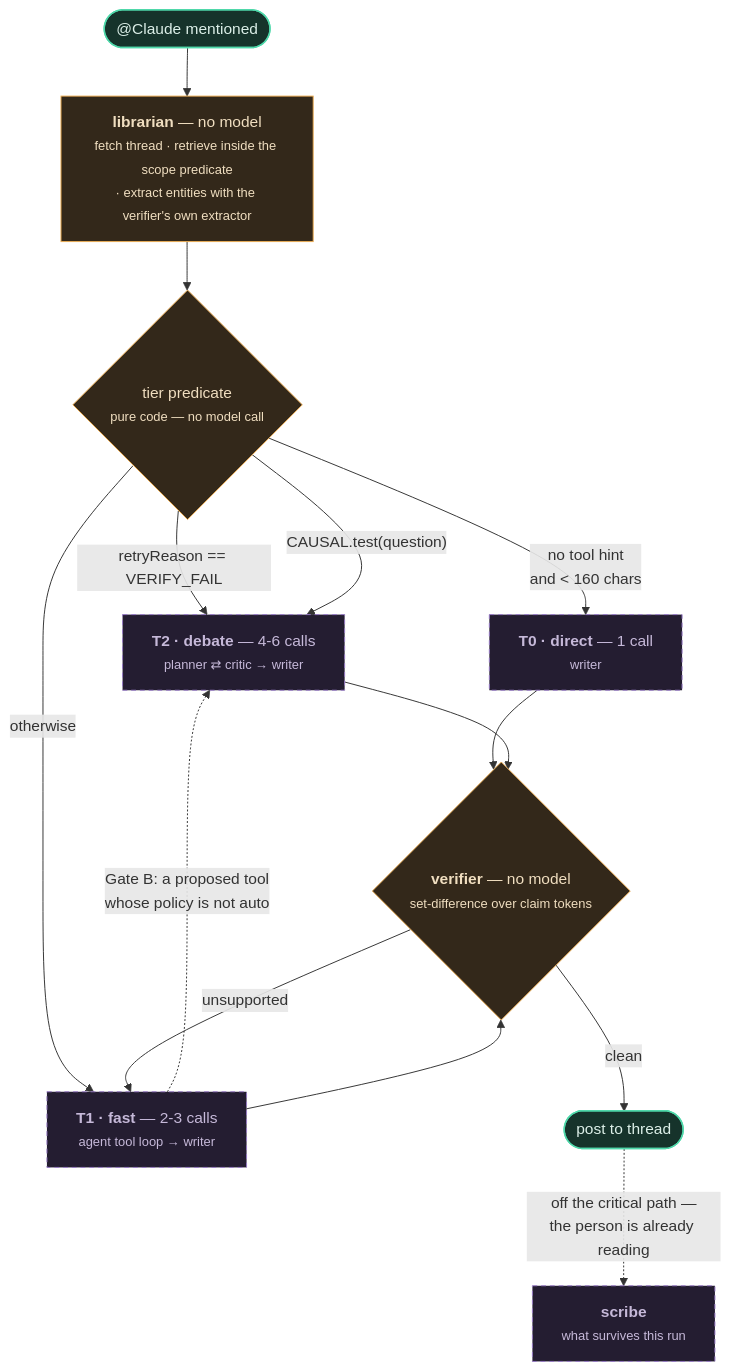
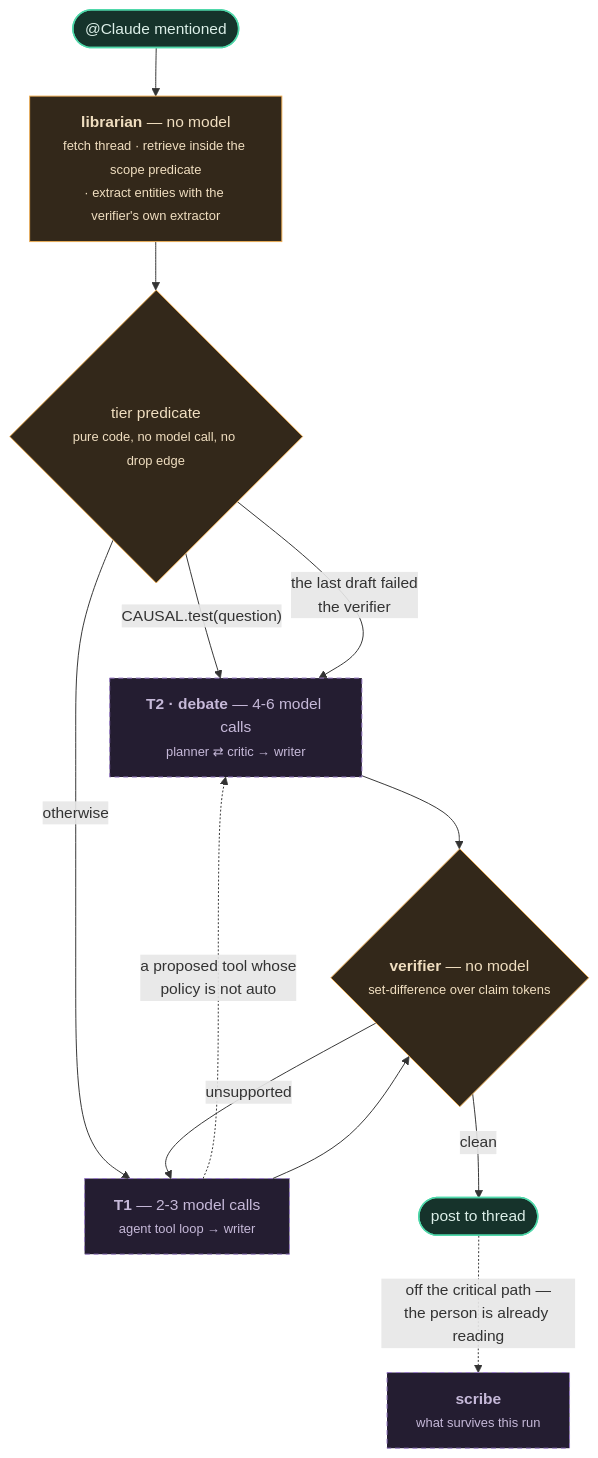
One commit to rppol/claude-tag-poc changed the diagram in docs/diagrams/tiers.mmd. Above: the diagram before and after it, drawn with Mermaid. The commit also changed 8 other files, not shown here.

```diff
--- a/docs/diagrams/tiers.mmd
+++ b/docs/diagrams/tiers.mmd
@@ -1,25 +1,22 @@
 flowchart TB
   IN(["@Claude mentioned"]) --> LIB["<b>librarian</b> — no model<br/><small>fetch thread · retrieve inside the scope predicate<br/>· extract entities with the verifier's own extractor</small>"]
-  LIB --> P{"tier predicate<br/><small>pure code — no model call</small>"}
+  LIB --> P{"tier predicate<br/><small>pure code, no model call, no drop edge</small>"}
 
-  P -->|"retryReason == VERIFY_FAIL"| T2
-  P -->|"CAUSAL.test(question)"| T2["<b>T2 · debate</b> — 4-6 calls<br/><small>planner ⇄ critic → writer</small>"]
-  P -->|"no tool hint<br/>and < 160 chars"| T0["<b>T0 · direct</b> — 1 call<br/><small>writer</small>"]
-  P -->|"otherwise"| T1["<b>T1 · fast</b> — 2-3 calls<br/><small>agent tool loop → writer</small>"]
+  P -->|"CAUSAL.test(question)"| T2["<b>T2 · debate</b> — 4-6 model calls<br/><small>planner ⇄ critic → writer</small>"]
+  P -->|"the last draft failed<br/>the verifier"| T2
+  P -->|"otherwise"| T1["<b>T1</b> — 2-3 model calls<br/><small>agent tool loop → writer</small>"]
 
-  T1 -.->|"Gate B: a proposed tool<br/>whose policy is not auto"| T2
+  T1 -.->|"a proposed tool whose<br/>policy is not auto"| T2
 
-  T0 --> V{"<b>verifier</b> — no model<br/><small>set-difference over claim tokens</small>"}
-  T1 --> V
+  T1 --> V{"<b>verifier</b> — no model<br/><small>set-difference over claim tokens</small>"}
   T2 --> V
   V -->|"unsupported"| T1
   V -->|"clean"| POST(["post to thread"])
   POST -.->|"off the critical path —<br/>the person is already reading"| SC["<b>scribe</b><br/><small>what survives this run</small>"]
 
-
   classDef mech stroke:#EDAE55,fill:#33281A,color:#F0DEC0
   classDef design stroke:#9578C4,fill:#241D31,color:#C6B9D9,stroke-dasharray:5 4
   classDef built stroke:#4FD8AA,fill:#16332B,color:#DCEFE8,stroke-width:1.5px
   class P,LIB,V mech
-  class T0,T1,T2,SC design
+  class T1,T2,SC design
   class IN,POST built
```
